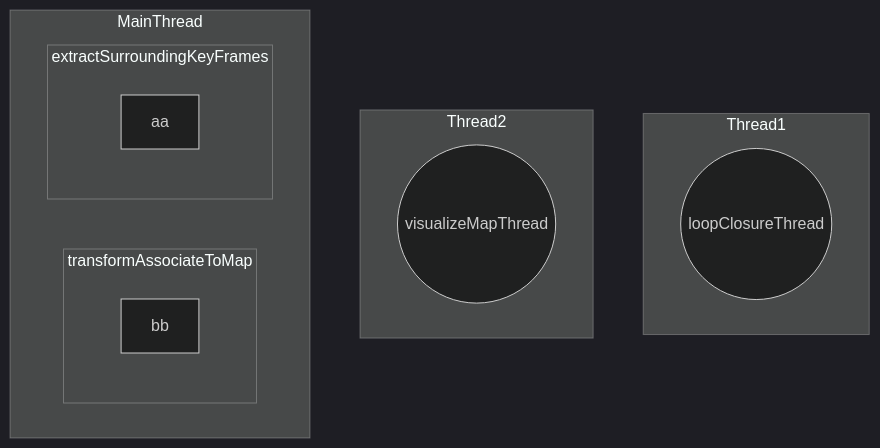
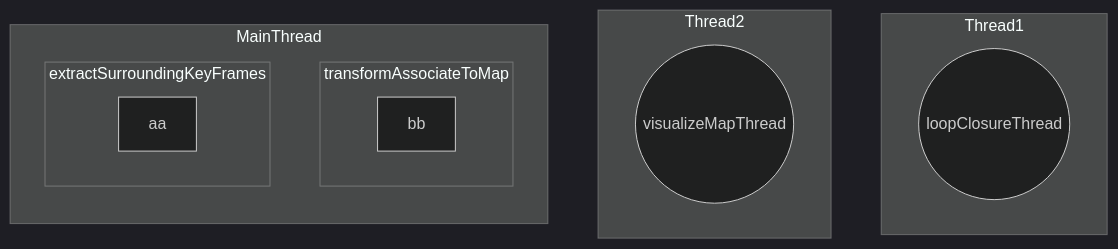
One commit to huang-yuefeng/3DComputerVision changed the diagram in SC-LeGO-Loam.md. Above: the diagram before and after it, drawn with Mermaid (dark theme).

````diff
--- a/SC-LeGO-Loam.md
+++ b/SC-LeGO-Loam.md
@@ -1,39 +1,40 @@
 ```mermaid
 graph TD
     %%transformAssociateToMap((transformAssociateToMap))
     %%extractSurroundingKeyFrames((extractSurroundingKeyFrames))
     %%downsampleCurrentScan((downsampleCurrentScan))
     %%scan2MapOptimization((scan2MapOptimization))
     %%saveKeyFramesAndFactor((saveKeyFramesAndFactor))
     %%correctPoses((correctPoses))
     %%publishTF((publishTF))
     %%publishKeyPosesAndFrames((publishKeyPosesAndFrames))
     %%clearCloud((clearCloud))
     loopClosureThread((loopClosureThread))
     visualizeMapThread((visualizeMapThread))
 
     subgraph Thread1
         loopClosureThread
     end
 
     subgraph Thread2
         visualizeMapThread
     end
 
     subgraph MainThread
+        direction TD
         subgraph transformAssociateToMap
             bb
         end
         subgraph extractSurroundingKeyFrames
            aa
         end
         %%transformAssociateToMap --> extractSurroundingKeyFrames
         %%extractSurroundingKeyFrames --> downsampleCurrentScan
         %%downsampleCurrentScan --> scan2MapOptimization
         %%scan2MapOptimization --> saveKeyFramesAndFactor
         %%saveKeyFramesAndFactor --> correctPoses
         %%correctPoses --> publishTF
         %%publishTF --> publishKeyPosesAndFrames
         %%publishKeyPosesAndFrames --> clearCloud
     end
 ```
````
